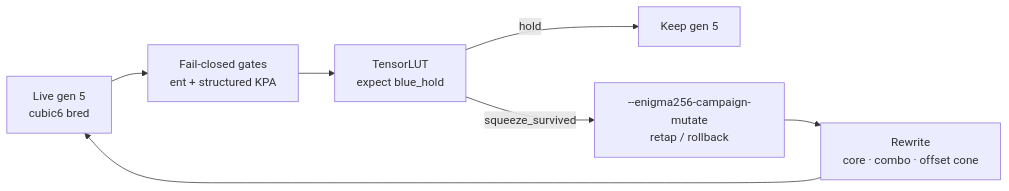
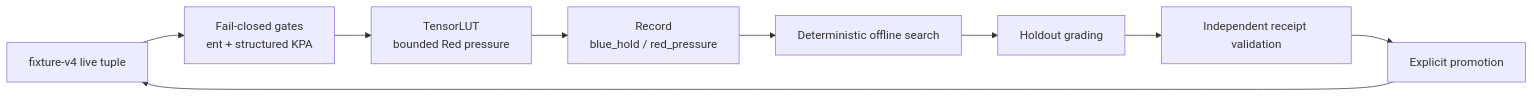
Before and after one commit to Digital-Defiance/HELUT: the fifth of 5 diagrams in Enigma256.md, drawn with Mermaid. The commit also changed other lines of this file and 1219 other files, not shown here.

````diff
--- a/Enigma256.md
+++ b/Enigma256.md
@@ -211,9 +223,11 @@
 ```mermaid
 flowchart LR
-  G5["Live gen 5<br/>cubic6 bred"] --> GATES["Fail-closed gates<br/>ent + structured KPA"]
-  GATES --> TL["TensorLUT<br/>expect blue_hold"]
-  TL -->|hold| HOLD["Keep gen 5"]
-  TL -->|"squeeze_survived"| MUT["--enigma256-campaign-mutate<br/>retap / rollback"]
-  MUT --> V["Rewrite<br/>core · combo · offset cone"]
-  V --> G5
+  LIVE["fixture-v4 live tuple"] --> GATES["Fail-closed gates<br/>ent + structured KPA"]
+  GATES --> TL["TensorLUT<br/>bounded Red pressure"]
+  TL --> RECORD["Record<br/>blue_hold / red_pressure"]
+  RECORD --> SEARCH["Deterministic offline search"]
+  SEARCH --> HOLDOUT["Holdout grading"]
+  HOLDOUT --> RECEIPT["Independent receipt validation"]
+  RECEIPT --> PROMOTE["Explicit promotion"]
+  PROMOTE --> LIVE
 ```
````
